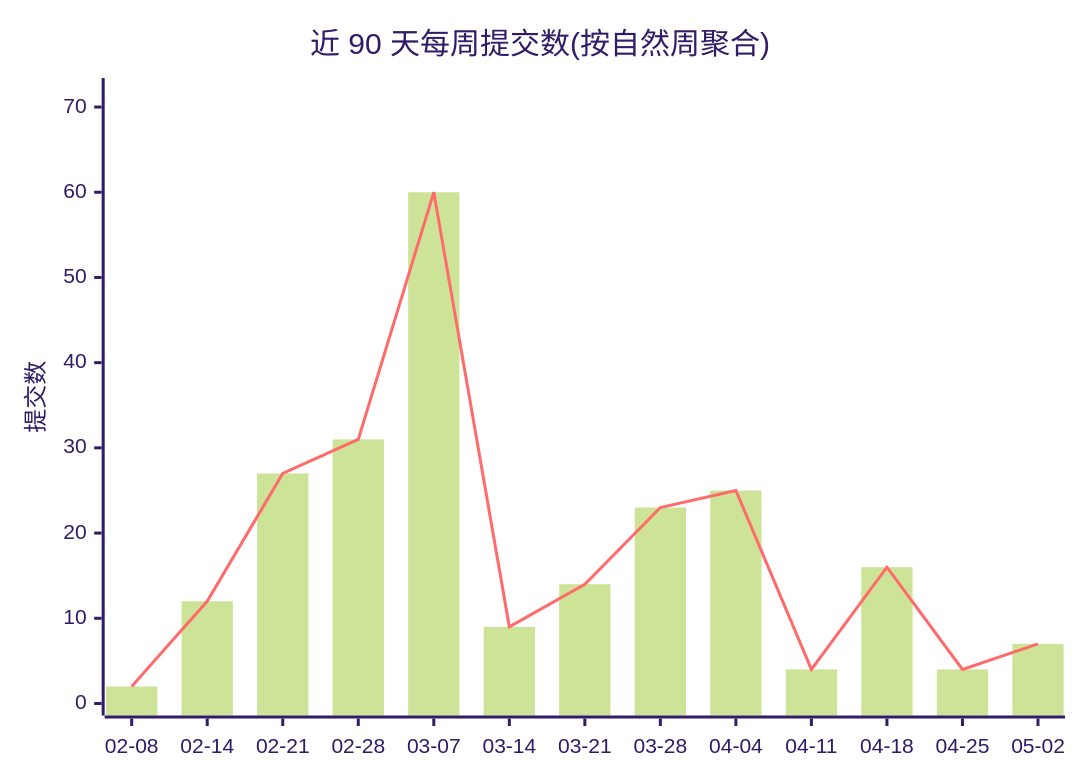
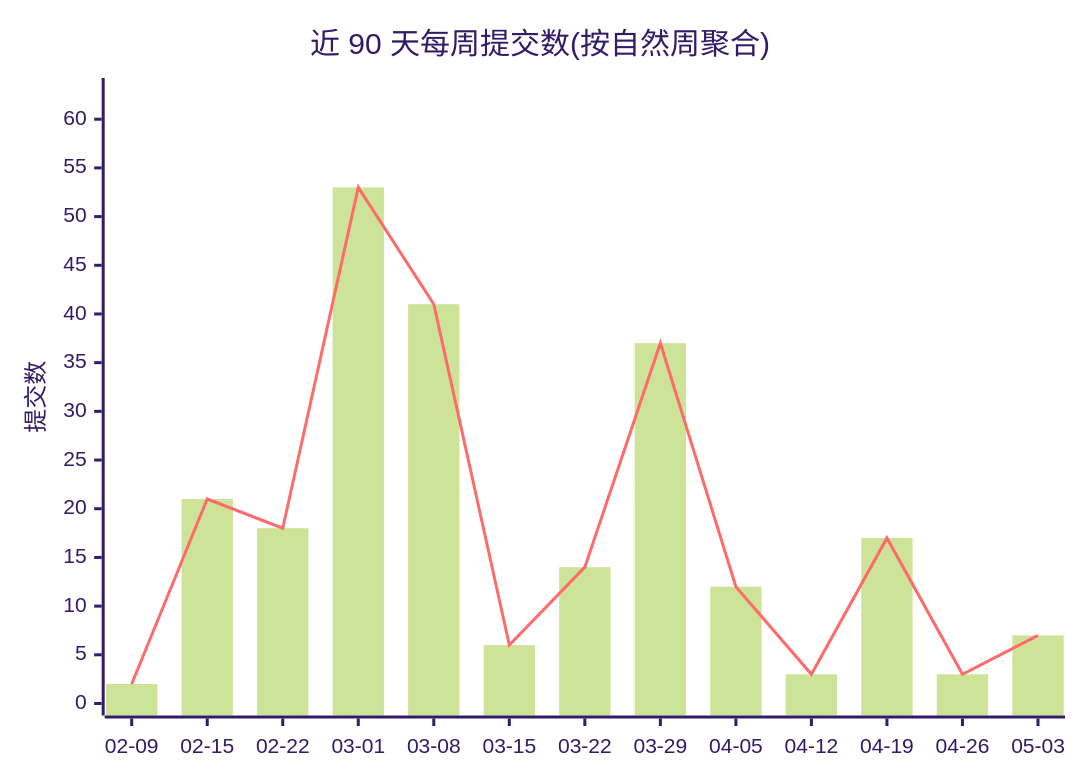
Before and after one commit to Conflux-Union/.github: the first of 2 diagrams in profile/README.md, drawn with Mermaid (forest theme). The commit also changed other lines of this file and 1 other file, not shown here.

Commit message:
chore(stats): refresh org commit stats

````diff
--- a/profile/README.md
+++ b/profile/README.md
@@ -44,8 +44,8 @@
 ```mermaid
 xychart-beta
     title "近 90 天每周提交数(按自然周聚合)"
-    x-axis ["02-08", "02-14", "02-21", "02-28", "03-07", "03-14", "03-21", "03-28", "04-04", "04-11", "04-18", "04-25", "05-02"]
-    y-axis "提交数" 0 --> 72
-    bar [2, 12, 27, 31, 60, 9, 14, 23, 25, 4, 16, 4, 7]
-    line [2, 12, 27, 31, 60, 9, 14, 23, 25, 4, 16, 4, 7]
+    x-axis ["02-09", "02-15", "02-22", "03-01", "03-08", "03-15", "03-22", "03-29", "04-05", "04-12", "04-19", "04-26", "05-03"]
+    y-axis "提交数" 0 --> 63
+    bar [2, 21, 18, 53, 41, 6, 14, 37, 12, 3, 17, 3, 7]
+    line [2, 21, 18, 53, 41, 6, 14, 37, 12, 3, 17, 3, 7]
 ```
````
